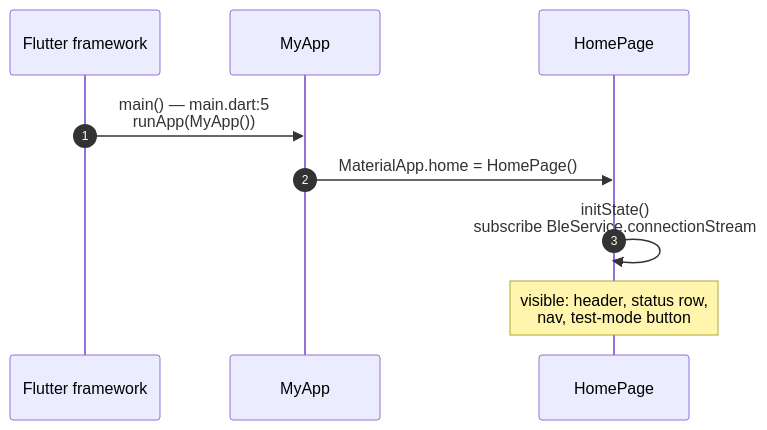
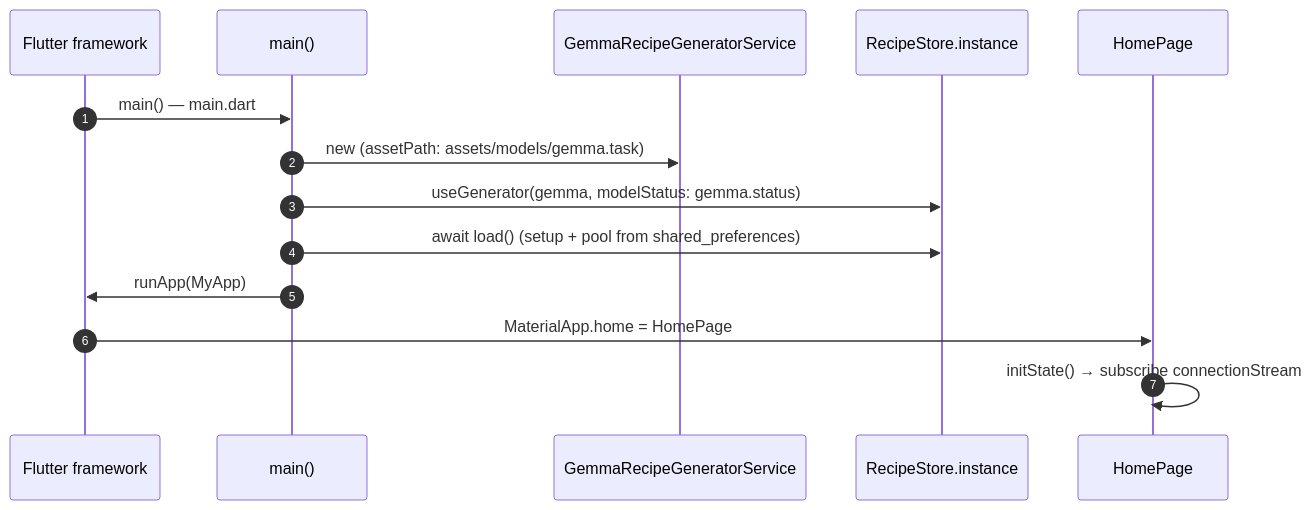
The first of 9 diagrams in docs/frontend/sequence-diagrams.md (Hubert005/IoT_Projekt), drawn with Mermaid before and after one commit. The commit also changed other lines of this file and 19 other files, not shown here.

````diff
--- a/docs/frontend/sequence-diagrams.md
+++ b/docs/frontend/sequence-diagrams.md
@@ -9,11 +9,16 @@
 ```mermaid
 sequenceDiagram
     autonumber
     participant FW as Flutter framework
-    participant App as MyApp
+    participant Main as main()
+    participant Gemma as GemmaRecipeGeneratorService
+    participant Store as RecipeStore.instance
     participant Home as HomePage
-    FW->>App: main() — main.dart:5<br/>runApp(MyApp())
-    App->>Home: MaterialApp.home = HomePage()
-    Home->>Home: initState()<br/>subscribe BleService.connectionStream
-    Note over Home: visible: header, status row,<br/>nav, test-mode button
+    FW->>Main: main() — main.dart
+    Main->>Gemma: new (assetPath: assets/models/gemma.task)
+    Main->>Store: useGenerator(gemma, modelStatus: gemma.status)
+    Main->>Store: await load()  (setup + pool from shared_preferences)
+    Main->>FW: runApp(MyApp)
+    FW->>Home: MaterialApp.home = HomePage
+    Home->>Home: initState() → subscribe connectionStream
 ```
````
